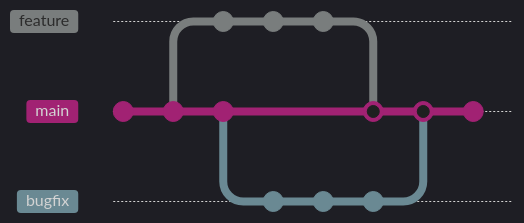
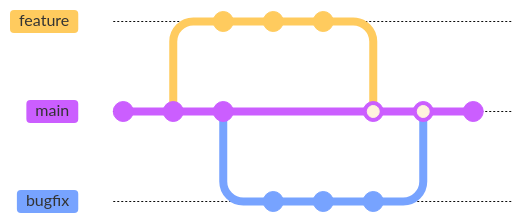
The diagram in slides/_branching.qmd (Cambridge-ICCS/Summer-school-Intro-Git), drawn with Mermaid before and after one commit. The commit also changed other lines of this file and 2 other files, not shown here. Commit ids are hidden.

````diff
--- a/slides/_branching.qmd
+++ b/slides/_branching.qmd
@@ -38,23 +56,23 @@
 ```{mermaid}
-%%{init: { 'theme': 'dark',
+%%{init: { 'theme': 'base',
   'gitGraph': { 'showCommitLabel': false, 'mainBranchOrder': 2, 'parallelCommits': true}
 } }%%
 gitGraph
     commit
     commit
     branch feature order: 1
     commit
     commit
     checkout main
     commit
     branch bugfix order: 3
     commit
     commit
     commit
     checkout feature
     commit
     checkout main
     merge feature
     merge bugfix
     commit
 ```
````
